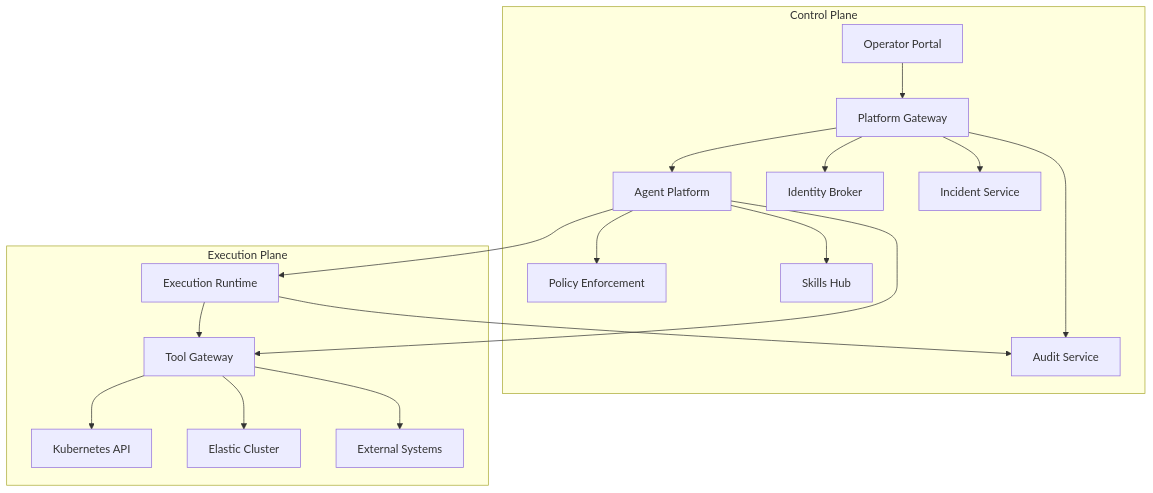
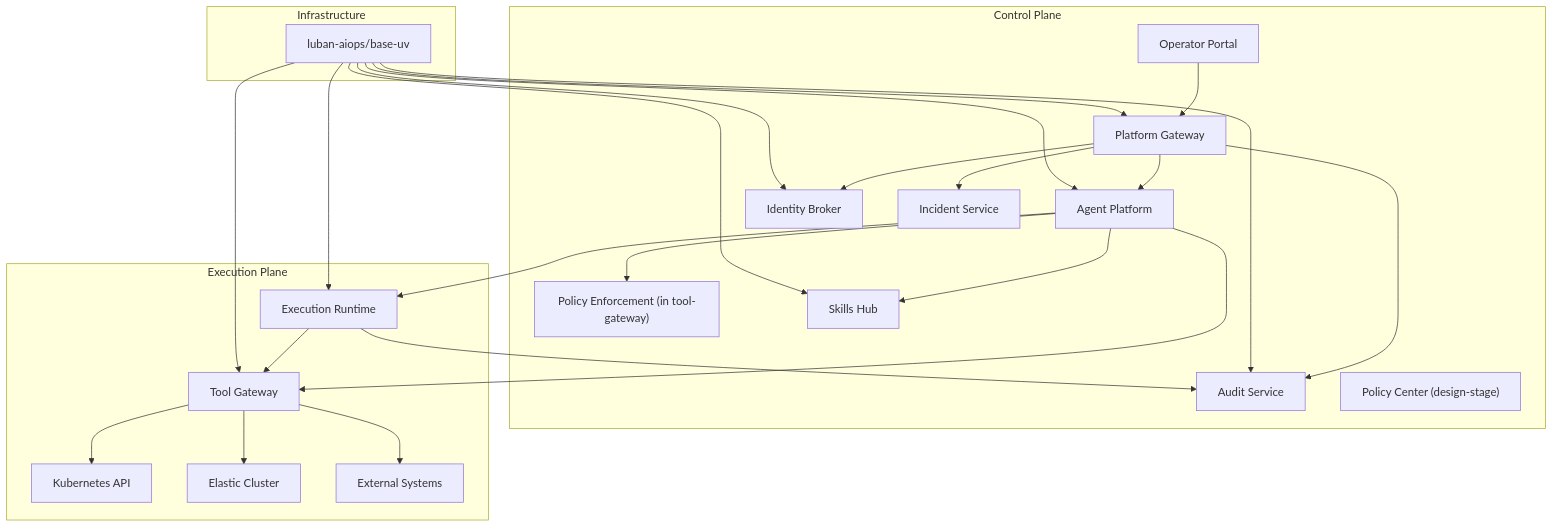
Before and after one commit to alainlei/luban-aiops: the second of 7 diagrams in .qoder/repowiki/en/content/Platform Overview/Platform Overview.md, drawn with Mermaid. The commit also changed other lines of this file and 24 other files, not shown here.

````diff
--- a/.qoder/repowiki/en/content/Platform Overview/Platform Overview.md
+++ b/.qoder/repowiki/en/content/Platform Overview/Platform Overview.md
@@ -158,34 +180,45 @@
 ```mermaid
 graph TB
 subgraph "Control Plane"
 UI["Operator Portal"]
 GW["Platform Gateway"]
 AS["Agent Platform"]
-POL["Policy Enforcement"]
+POL["Policy Enforcement (in tool-gateway)"]
 AUTH["Identity Broker"]
 SKILLS["Skills Hub"]
 AUDIT["Audit Service"]
 INCIDENTS["Incident Service"]
+PC["Policy Center (design-stage)"]
 end
 subgraph "Execution Plane"
 TG["Tool Gateway"]
 ER["Execution Runtime"]
 K8S["Kubernetes API"]
 ELASTIC["Elastic Cluster"]
 EXT["External Systems"]
+end
+subgraph "Infrastructure"
+BASE["luban-aiops/base-uv"]
 end
 UI --> GW
 GW --> AUTH
 GW --> AS
 GW --> AUDIT
 GW --> INCIDENTS
 AS --> POL
 AS --> SKILLS
 AS --> TG
 AS --> ER
 TG --> K8S
 TG --> ELASTIC
 TG --> EXT
 ER --> TG
 ER --> AUDIT
+BASE --> AS
+BASE --> GW
+BASE --> TG
+BASE --> AUTH
+BASE --> SKILLS
+BASE --> AUDIT
+BASE --> ER
 ```
````
